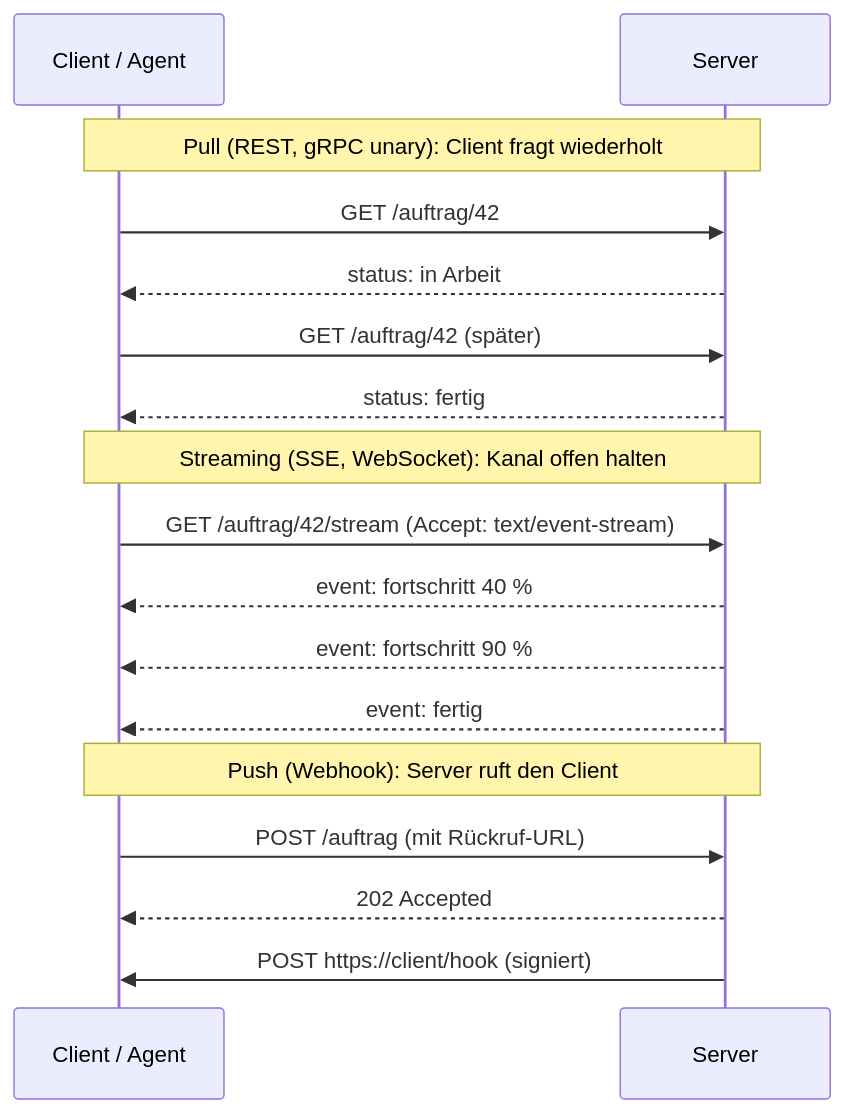
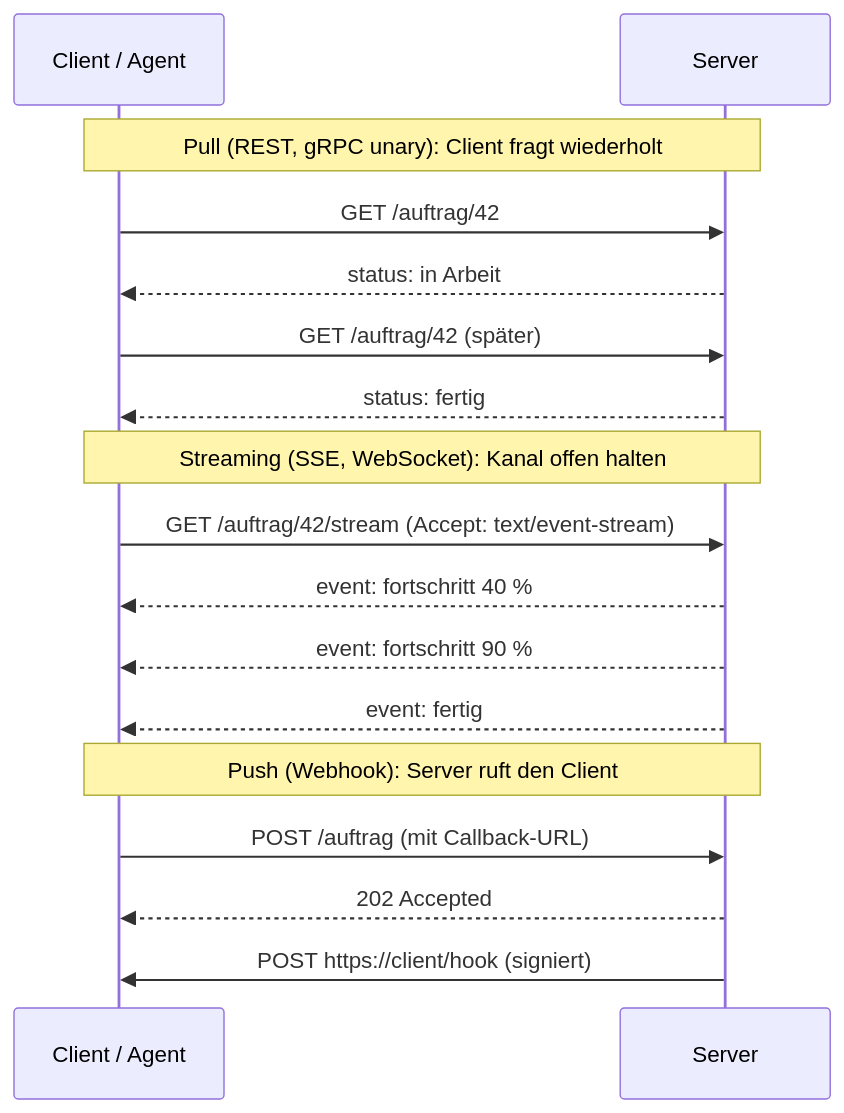
One commit to org-felix-paul/felix-paul-website changed the second of 13 diagrams in src/blog/content/posts/agentic-protocols-compared.md. Above: the diagram before and after it, drawn with Mermaid. The commit also changed other lines of this file, not shown here.

````diff
--- a/src/blog/content/posts/agentic-protocols-compared.md
+++ b/src/blog/content/posts/agentic-protocols-compared.md
@@ -286,19 +286,19 @@
 ```mermaid
 sequenceDiagram
     participant C as Client / Agent
     participant S as Server
     Note over C,S: Pull (REST, gRPC unary): Client fragt wiederholt
     C->>S: GET /auftrag/42
     S-->>C: status: in Arbeit
     C->>S: GET /auftrag/42 (später)
     S-->>C: status: fertig
     Note over C,S: Streaming (SSE, WebSocket): Kanal offen halten
     C->>S: GET /auftrag/42/stream (Accept: text/event-stream)
     S-->>C: event: fortschritt 40 %
     S-->>C: event: fortschritt 90 %
     S-->>C: event: fertig
     Note over C,S: Push (Webhook): Server ruft den Client
-    C->>S: POST /auftrag (mit Rückruf-URL)
+    C->>S: POST /auftrag (mit Callback-URL)
     S-->>C: 202 Accepted
     S->>C: POST https://client/hook (signiert)
 ```
````
